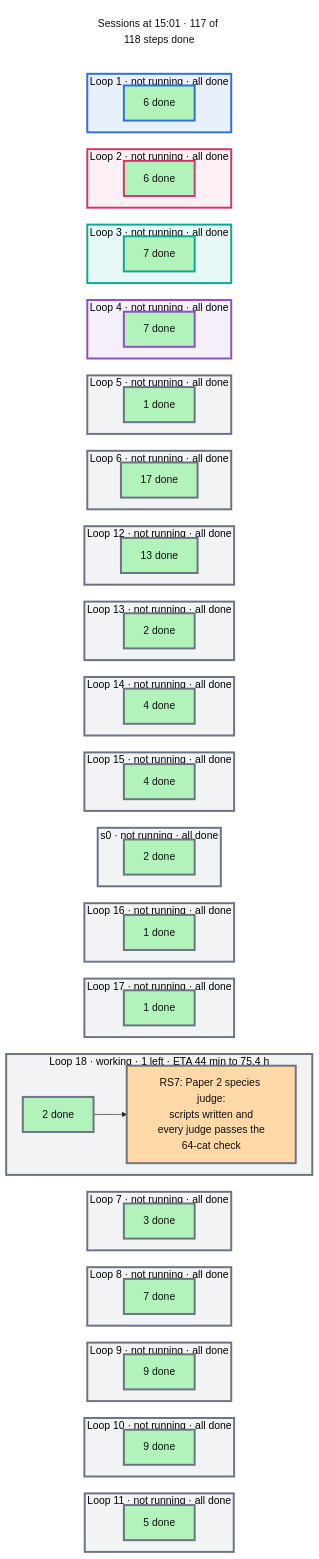
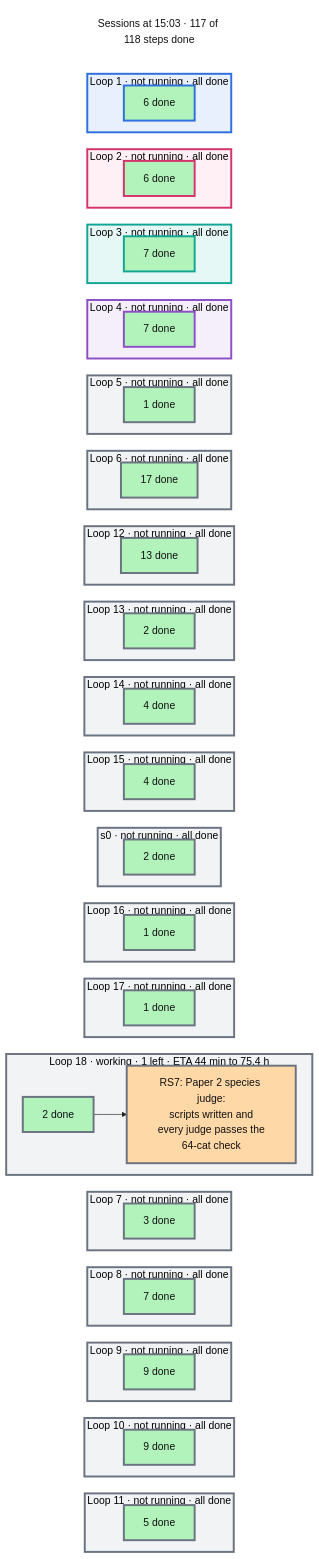
One commit to mo-rsa24/concept-composition changed the diagram in artifacts/notes/progress/sessions.mmd. Above: the diagram before and after it, drawn with Mermaid. The commit also changed 9 other files, not shown here.

```diff
--- a/artifacts/notes/progress/sessions.mmd
+++ b/artifacts/notes/progress/sessions.mmd
@@ -1,124 +1,124 @@
 %%{init: {'theme': 'base', 'themeVariables': {'fontFamily': 'monospace', 'primaryColor': '#ffffff', 'primaryBorderColor': '#222222', 'primaryTextColor': '#111111', 'lineColor': '#222222'}, 'flowchart': {'nodeSpacing': 16, 'rankSpacing': 26}}}%%
 flowchart TB
   classDef done fill:#b2f2bb,color:#111111
   classDef doing fill:#ffd8a8,color:#111111
   classDef todo fill:#e9ecef,color:#111111
   classDef note fill:#ffffff,stroke:#c92a2a,stroke-dasharray:5 5,color:#c92a2a
-  now["Sessions at 15:01 · 117 of 118 steps done"]
+  now["Sessions at 15:03 · 117 of 118 steps done"]
   style now fill:#ffffff,stroke:#ffffff,color:#111111
   subgraph L0["Loop 1 · not running · all done"]
     direction LR
     d0["6 done"]:::done
   end
   subgraph L1["Loop 2 · not running · all done"]
     direction LR
     d1["6 done"]:::done
   end
   subgraph L2["Loop 3 · not running · all done"]
     direction LR
     d2["7 done"]:::done
   end
   subgraph L3["Loop 4 · not running · all done"]
     direction LR
     d3["7 done"]:::done
   end
   subgraph L4["Loop 5 · not running · all done"]
     direction LR
     d4["1 done"]:::done
   end
   subgraph L5["Loop 6 · not running · all done"]
     direction LR
     d5["17 done"]:::done
   end
   subgraph L6["Loop 12 · not running · all done"]
     direction LR
     d6["13 done"]:::done
   end
   subgraph L7["Loop 13 · not running · all done"]
     direction LR
     d7["2 done"]:::done
   end
   subgraph L8["Loop 14 · not running · all done"]
     direction LR
     d8["4 done"]:::done
   end
   subgraph L9["Loop 15 · not running · all done"]
     direction LR
     d9["4 done"]:::done
   end
   subgraph L10["s0 · not running · all done"]
     direction LR
     d10["2 done"]:::done
   end
   subgraph L11["Loop 16 · not running · all done"]
     direction LR
     d11["1 done"]:::done
   end
   subgraph L12["Loop 17 · not running · all done"]
     direction LR
     d12["1 done"]:::done
   end
   subgraph L13["Loop 18 · working · 1 left · ETA 44 min to 75.4 h"]
     direction LR
     d13["2 done"]:::done --> n_RS7["RS7: Paper 2 species judge:<br/>scripts written and<br/>every judge passes the<br/>64-cat check"]:::doing
   end
   subgraph L14["Loop 7 · not running · all done"]
     direction LR
     d14["3 done"]:::done
   end
   subgraph L15["Loop 8 · not running · all done"]
     direction LR
     d15["7 done"]:::done
   end
   subgraph L16["Loop 9 · not running · all done"]
     direction LR
     d16["9 done"]:::done
   end
   subgraph L17["Loop 10 · not running · all done"]
     direction LR
     d17["9 done"]:::done
   end
   subgraph L18["Loop 11 · not running · all done"]
     direction LR
     d18["5 done"]:::done
   end
   now ~~~ L0 ~~~ L1 ~~~ L2 ~~~ L3 ~~~ L4 ~~~ L5 ~~~ L6 ~~~ L7 ~~~ L8 ~~~ L9 ~~~ L10 ~~~ L11 ~~~ L12 ~~~ L13 ~~~ L14 ~~~ L15 ~~~ L16 ~~~ L17 ~~~ L18
   style L0 fill:#e8f0fd,stroke:#2f6fde,stroke-width:3px
   style d0 stroke:#2f6fde,stroke-width:3px
   style L1 fill:#fff0f6,stroke:#d6336c,stroke-width:3px
   style d1 stroke:#d6336c,stroke-width:3px
   style L2 fill:#e6f8f5,stroke:#12a594,stroke-width:3px
   style d2 stroke:#12a594,stroke-width:3px
   style L3 fill:#f5effb,stroke:#8e4ec6,stroke-width:3px
   style d3 stroke:#8e4ec6,stroke-width:3px
   style L4 fill:#f1f3f5,stroke:#6b7280,stroke-width:3px
   style d4 stroke:#6b7280,stroke-width:3px
   style L5 fill:#f1f3f5,stroke:#6b7280,stroke-width:3px
   style d5 stroke:#6b7280,stroke-width:3px
   style L6 fill:#f1f3f5,stroke:#6b7280,stroke-width:3px
   style d6 stroke:#6b7280,stroke-width:3px
   style L7 fill:#f1f3f5,stroke:#6b7280,stroke-width:3px
   style d7 stroke:#6b7280,stroke-width:3px
   style L8 fill:#f1f3f5,stroke:#6b7280,stroke-width:3px
   style d8 stroke:#6b7280,stroke-width:3px
   style L9 fill:#f1f3f5,stroke:#6b7280,stroke-width:3px
   style d9 stroke:#6b7280,stroke-width:3px
   style L10 fill:#f1f3f5,stroke:#6b7280,stroke-width:3px
   style d10 stroke:#6b7280,stroke-width:3px
   style L11 fill:#f1f3f5,stroke:#6b7280,stroke-width:3px
   style d11 stroke:#6b7280,stroke-width:3px
   style L12 fill:#f1f3f5,stroke:#6b7280,stroke-width:3px
   style d12 stroke:#6b7280,stroke-width:3px
   style L13 fill:#f1f3f5,stroke:#6b7280,stroke-width:3px
   style d13 stroke:#6b7280,stroke-width:3px
   style n_RS7 stroke:#6b7280,stroke-width:3px
   style L14 fill:#f1f3f5,stroke:#6b7280,stroke-width:3px
   style d14 stroke:#6b7280,stroke-width:3px
   style L15 fill:#f1f3f5,stroke:#6b7280,stroke-width:3px
   style d15 stroke:#6b7280,stroke-width:3px
   style L16 fill:#f1f3f5,stroke:#6b7280,stroke-width:3px
   style d16 stroke:#6b7280,stroke-width:3px
   style L17 fill:#f1f3f5,stroke:#6b7280,stroke-width:3px
   style d17 stroke:#6b7280,stroke-width:3px
   style L18 fill:#f1f3f5,stroke:#6b7280,stroke-width:3px
   style d18 stroke:#6b7280,stroke-width:3px
```
